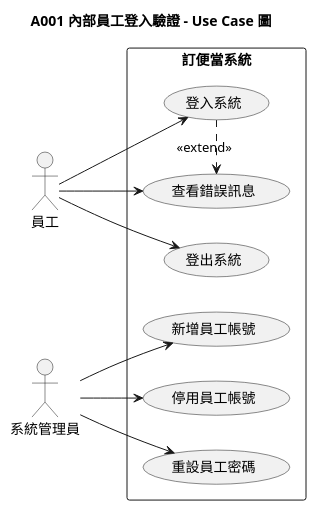
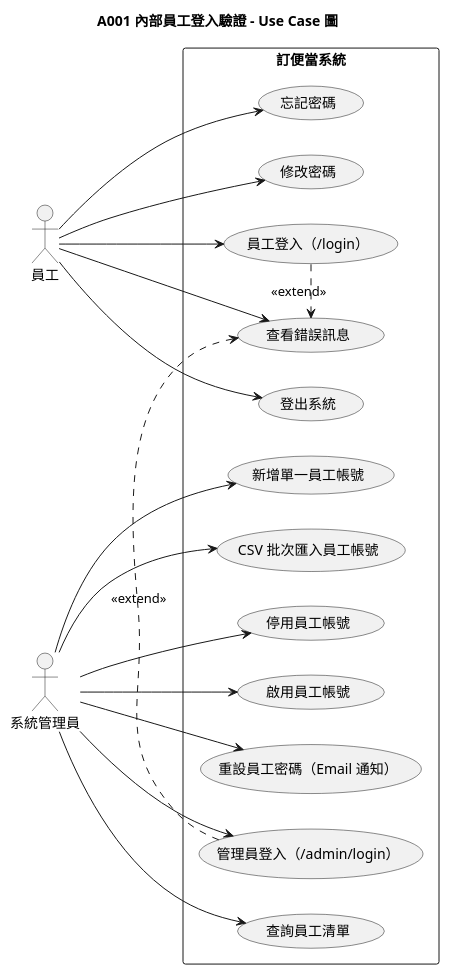
One commit to teyhawzhe/bento-uml changed the diagram in output/A001/A001-usecase.puml. Above: the diagram before and after it, drawn with PlantUML. The commit also changed 37 other files, not shown here.

```diff
--- a/output/A001/A001-usecase.puml
+++ b/output/A001/A001-usecase.puml
@@ -1,28 +1,41 @@
 @startuml A001-usecase
 
 left to right direction
 title A001 內部員工登入驗證 - Use Case 圖
 
 actor 員工
 actor 系統管理員
 
 rectangle 訂便當系統 {
-  usecase "登入系統" as UC1
+  usecase "員工登入（/login）" as UC1
   usecase "查看錯誤訊息" as UC2
   usecase "登出系統" as UC3
-  usecase "新增員工帳號" as UC4
-  usecase "停用員工帳號" as UC5
-  usecase "重設員工密碼" as UC6
+  usecase "忘記密碼" as UC4
+  usecase "修改密碼" as UC5
+  usecase "管理員登入（/admin/login）" as UC6
+  usecase "查詢員工清單" as UC11
+  usecase "新增單一員工帳號" as UC7
+  usecase "CSV 批次匯入員工帳號" as UC10
+  usecase "停用員工帳號" as UC8
+  usecase "啟用員工帳號" as UC12
+  usecase "重設員工密碼（Email 通知）" as UC9
 }
 
 員工 --> UC1
 員工 --> UC2
 員工 --> UC3
+員工 --> UC4
+員工 --> UC5
 
-系統管理員 --> UC4
-系統管理員 --> UC5
 系統管理員 --> UC6
+系統管理員 --> UC11
+系統管理員 --> UC7
+系統管理員 --> UC10
+系統管理員 --> UC8
+系統管理員 --> UC12
+系統管理員 --> UC9
 
 UC1 .> UC2 : <<extend>>
+UC6 .> UC2 : <<extend>>
 
 @enduml
```
